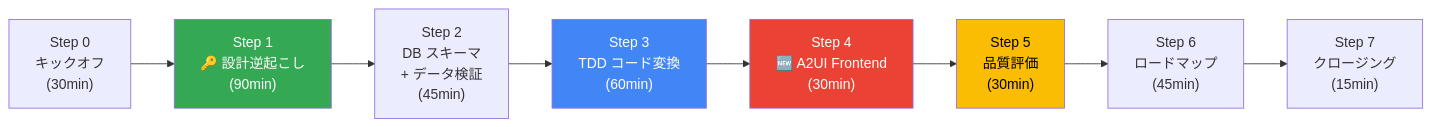
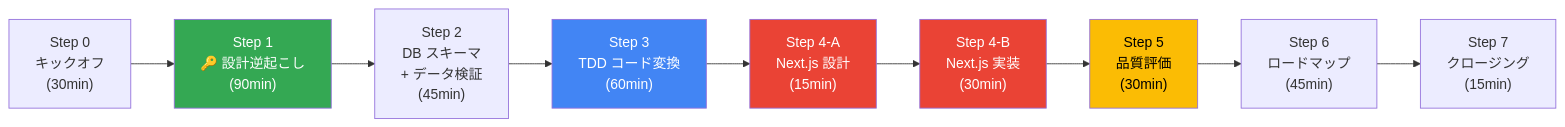
The first of 10 diagrams in workshop-real/README.md (tyorikan/migration-with-ai), drawn with Mermaid before and after one commit. The commit also changed other lines of this file and 28 other files, not shown here.

First line of the commit message:
feat: Step 4 を A2UI から Next.js (App Router + BFF) に置き換え

````diff
--- a/workshop-real/README.md
+++ b/workshop-real/README.md
@@ -62,15 +63,17 @@
 ```mermaid
 graph LR
     S0["Step 0<br/>キックオフ<br/>(30min)"] --> S1["Step 1<br/>🔑 設計逆起こし<br/>(90min)"]
     S1 --> S2["Step 2<br/>DB スキーマ<br/>+ データ検証<br/>(45min)"]
     S2 --> S3["Step 3<br/>TDD コード変換<br/>(60min)"]
-    S3 --> S4["Step 4<br/>🆕 A2UI Frontend<br/>(30min)"]
-    S4 --> S5["Step 5<br/>品質評価<br/>(30min)"]
+    S3 --> S4A["Step 4-A<br/>Next.js 設計<br/>(15min)"]
+    S4A --> S4B["Step 4-B<br/>Next.js 実装<br/>(30min)"]
+    S4B --> S5["Step 5<br/>品質評価<br/>(30min)"]
     S5 --> S6["Step 6<br/>ロードマップ<br/>(45min)"]
     S6 --> S7["Step 7<br/>クロージング<br/>(15min)"]
 
     style S1 fill:#34A853,color:#fff
     style S3 fill:#4285F4,color:#fff
-    style S4 fill:#EA4335,color:#fff
+    style S4A fill:#EA4335,color:#fff
+    style S4B fill:#EA4335,color:#fff
     style S5 fill:#FBBC04,color:#000
 ```
````
